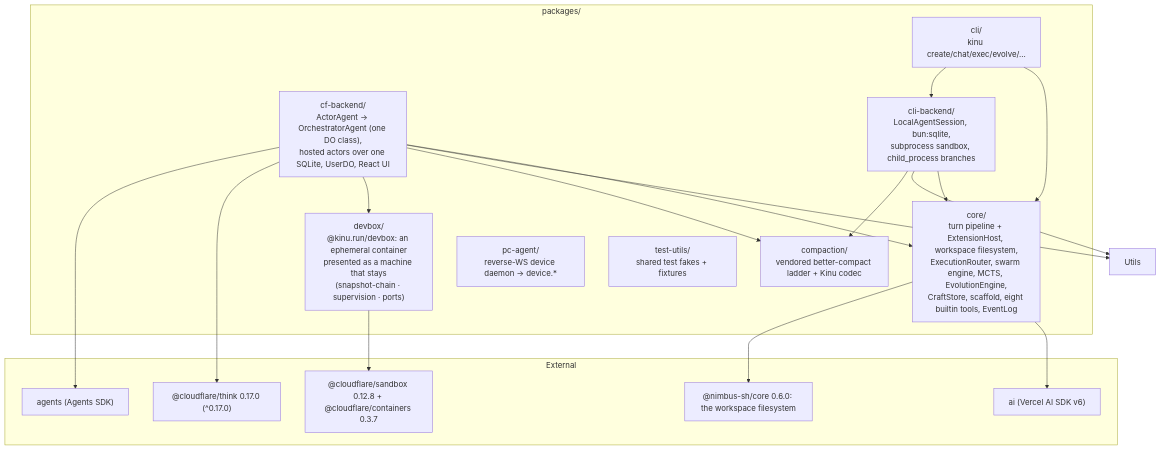
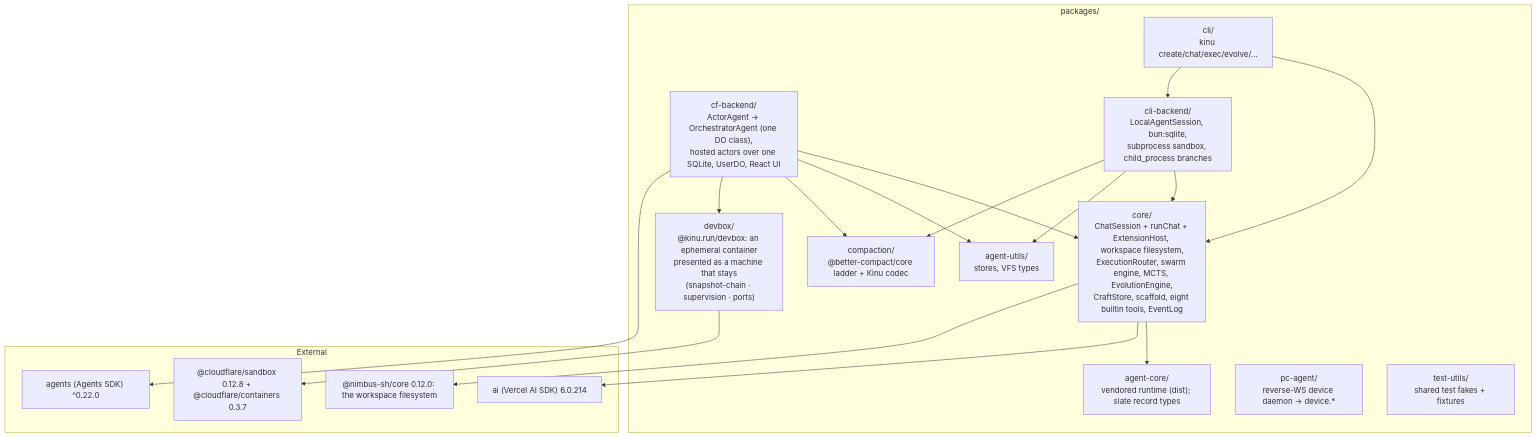
Before and after one commit to AshishKumar4/kinu: the fifth of 5 diagrams in docs/ARCHITECTURE.md, drawn with Mermaid. The commit also changed other lines of this file and 7 other files, not shown here.

First line of the commit message:
docs: rewrite the architecture, craft and testing docs for the core turn loop

````diff
--- a/docs/ARCHITECTURE.md
+++ b/docs/ARCHITECTURE.md
@@ -465,37 +459,38 @@
 ```mermaid
 graph TB
     subgraph pkgs["packages/"]
-        Core["core/<br/>turn pipeline + ExtensionHost, workspace filesystem,<br/>ExecutionRouter, swarm engine, MCTS, EvolutionEngine,<br/>CraftStore, scaffold, eight builtin tools, EventLog"]
+        Core["core/<br/>ChatSession + runChat + ExtensionHost, workspace filesystem,<br/>ExecutionRouter, swarm engine, MCTS, EvolutionEngine,<br/>CraftStore, scaffold, eight builtin tools, EventLog"]
         CF["cf-backend/<br/>ActorAgent → OrchestratorAgent (one DO class),<br/>hosted actors over one SQLite, UserDO, React UI"]
-        Compact["compaction/<br/>vendored better-compact ladder + Kinu codec"]
+        Utils["agent-utils/<br/>stores, VFS types"]
+        AC["agent-core/<br/>vendored runtime (dist); slate record types"]
+        Compact["compaction/<br/>@better-compact/core ladder + Kinu codec"]
         Devbox["devbox/<br/>@kinu.run/devbox: an ephemeral container<br/>presented as a machine that stays<br/>(snapshot-chain · supervision · ports)"]
         CLI["cli/<br/>kinu create/chat/exec/evolve/…"]
         CLIB["cli-backend/<br/>LocalAgentSession, bun:sqlite,<br/>subprocess sandbox, child_process branches"]
         PC["pc-agent/<br/>reverse-WS device daemon → device.*"]
         TU["test-utils/<br/>shared test fakes + fixtures"]
     end
 
     CF --> Core
     CF --> Utils
     CF --> Compact
     CF --> Devbox
+    Core --> AC
     CLI --> Core
     CLI --> CLIB
     CLIB --> Core
     CLIB --> Utils
     CLIB --> Compact
 
     subgraph ext["External"]
-        Think["@cloudflare/think 0.17.0 (^0.17.0)"]
-        Agents["agents (Agents SDK)"]
-        AISDK["ai (Vercel AI SDK v6)"]
-        Nimbus["@nimbus-sh/core 0.6.0: the workspace filesystem"]
+        Agents["agents (Agents SDK) ^0.22.0"]
+        AISDK["ai (Vercel AI SDK) 6.0.214"]
+        Nimbus["@nimbus-sh/core 0.12.0: the workspace filesystem"]
         Sandbox["@cloudflare/sandbox 0.12.8 + @cloudflare/containers 0.3.7"]
     end
 
-    CF --> Think
     CF --> Agents
     Core --> AISDK
     Core --> Nimbus
     Devbox --> Sandbox
 ```
````
